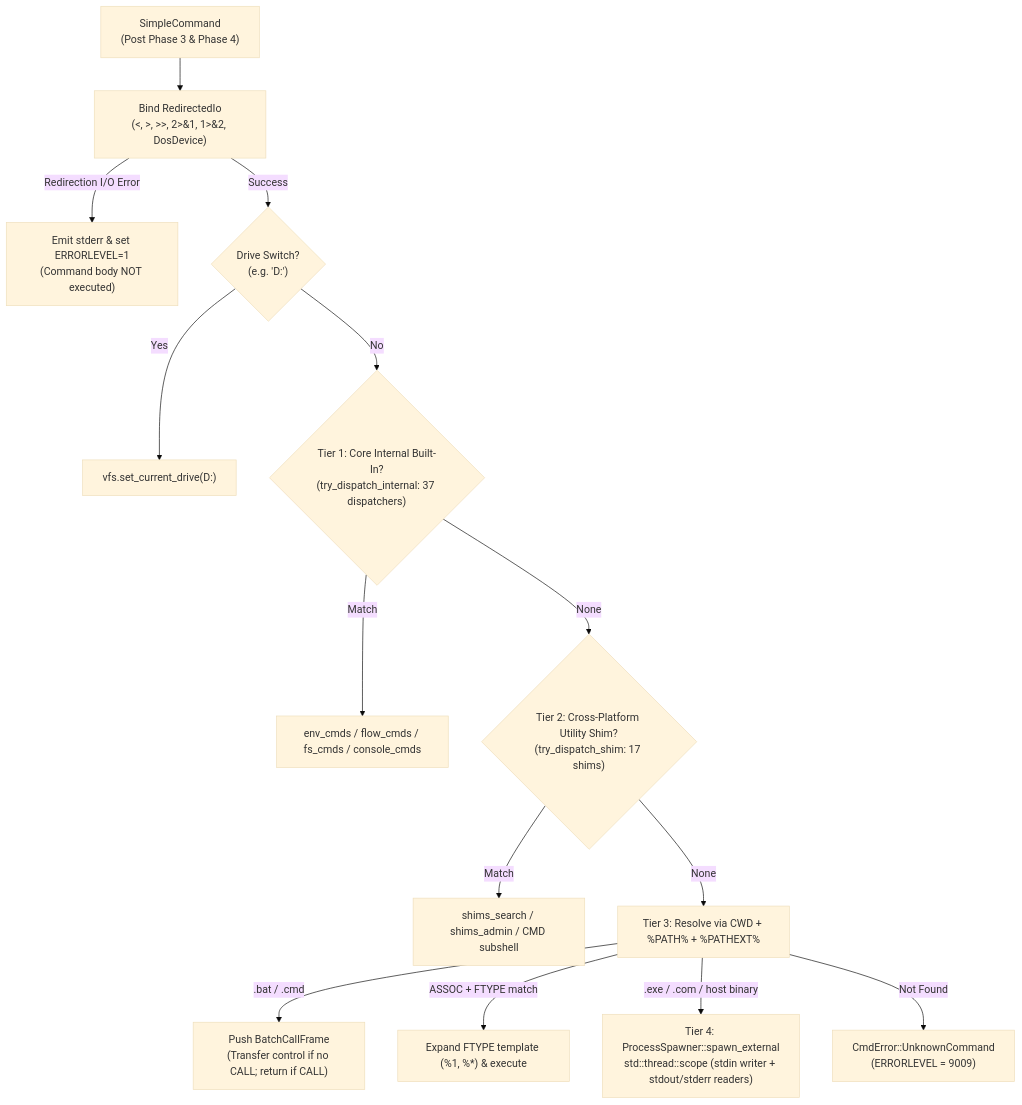
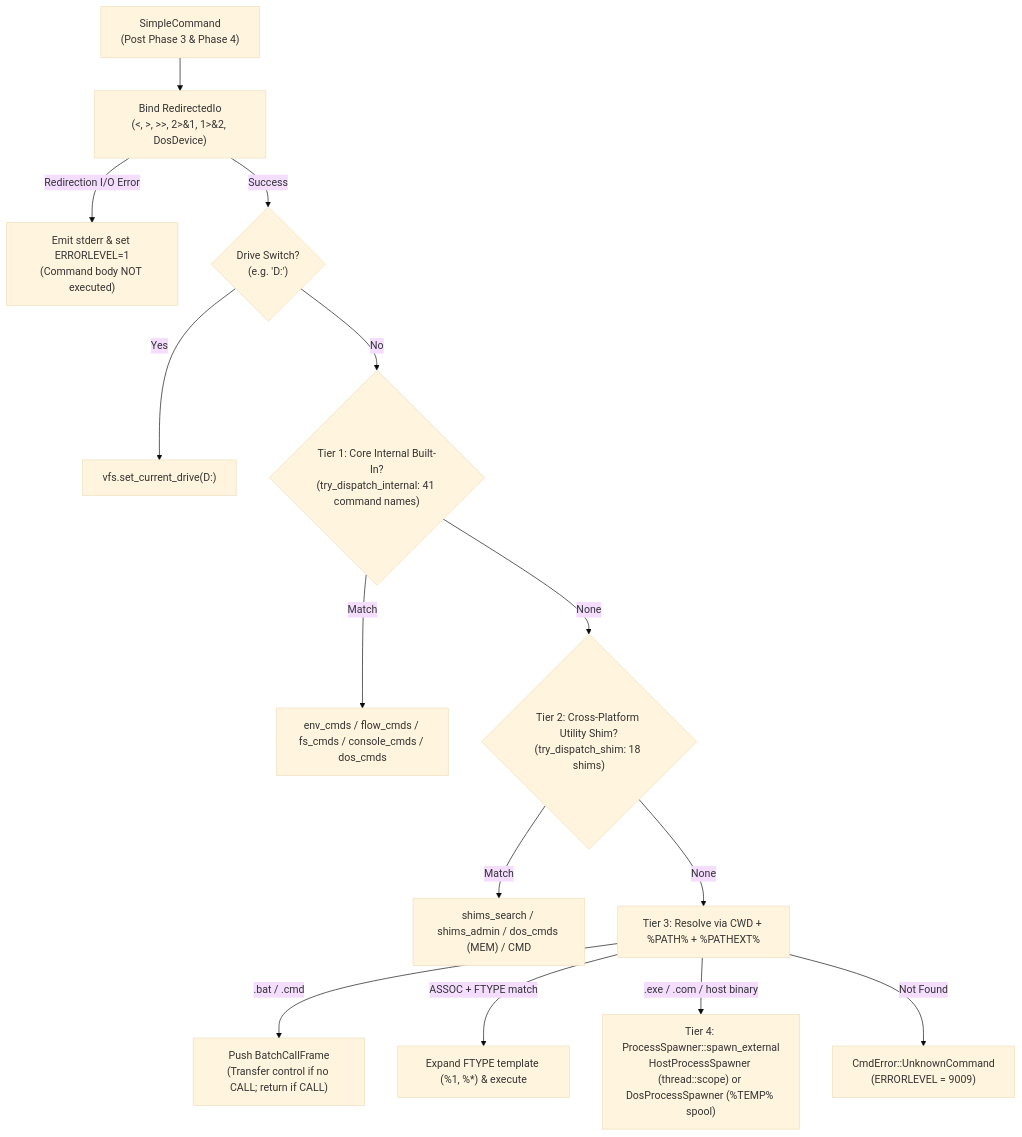
One commit to SamuelMarks/win-cmd-rs changed the ninth of 15 diagrams in ARCHITECTURE.md. Above: the diagram before and after it, drawn with Mermaid (base theme). The commit also changed other lines of this file and 89 other files, not shown here.

````diff
--- a/ARCHITECTURE.md
+++ b/ARCHITECTURE.md
@@ -411,16 +419,16 @@
 ```mermaid
 flowchart TD
     CMD["SimpleCommand<br/>(Post Phase 3 & Phase 4)"] --> REDIR["Bind RedirectedIo<br/>(&lt;, &gt;, &gt;&gt;, 2&gt;&amp;1, 1&gt;&amp;2, DosDevice)"]
     REDIR -- "Redirection I/O Error" --> FAIL_REDIR["Emit stderr &amp; set ERRORLEVEL=1<br/>(Command body NOT executed)"]
     REDIR -- "Success" --> DRV{"Drive Switch?<br/>(e.g. 'D:')"}
     DRV -- "Yes" --> SET_DRV["vfs.set_current_drive(D:)"]
-    DRV -- "No" --> INT{"Tier 1: Core Internal Built-In?<br/>(try_dispatch_internal: 37 dispatchers)"}
-    INT -- "Match" --> RUN_INT["env_cmds / flow_cmds / fs_cmds / console_cmds"]
-    INT -- "None" --> SHIM{"Tier 2: Cross-Platform Utility Shim?<br/>(try_dispatch_shim: 17 shims)"}
-    SHIM -- "Match" --> RUN_SHIM["shims_search / shims_admin / CMD subshell"]
+    DRV -- "No" --> INT{"Tier 1: Core Internal Built-In?<br/>(try_dispatch_internal: 41 command names)"}
+    INT -- "Match" --> RUN_INT["env_cmds / flow_cmds / fs_cmds / console_cmds / dos_cmds"]
+    INT -- "None" --> SHIM{"Tier 2: Cross-Platform Utility Shim?<br/>(try_dispatch_shim: 18 shims)"}
+    SHIM -- "Match" --> RUN_SHIM["shims_search / shims_admin / dos_cmds (MEM) / CMD"]
     SHIM -- "None" --> RESOLVE["Tier 3: Resolve via CWD + %PATH% + %PATHEXT%"]
     RESOLVE -- ".bat / .cmd" --> RUN_BAT["Push BatchCallFrame<br/>(Transfer control if no CALL; return if CALL)"]
     RESOLVE -- "ASSOC + FTYPE match" --> RUN_ASSOC["Expand FTYPE template (%1, %*) &amp; execute"]
-    RESOLVE -- ".exe / .com / host binary" --> SPAWN["Tier 4: ProcessSpawner::spawn_external<br/>std::thread::scope (stdin writer + stdout/stderr readers)"]
+    RESOLVE -- ".exe / .com / host binary" --> SPAWN["Tier 4: ProcessSpawner::spawn_external<br/>HostProcessSpawner (thread::scope) or DosProcessSpawner (%TEMP% spool)"]
     RESOLVE -- "Not Found" --> ERR_9009["CmdError::UnknownCommand<br/>(ERRORLEVEL = 9009)"]
 ```
````
